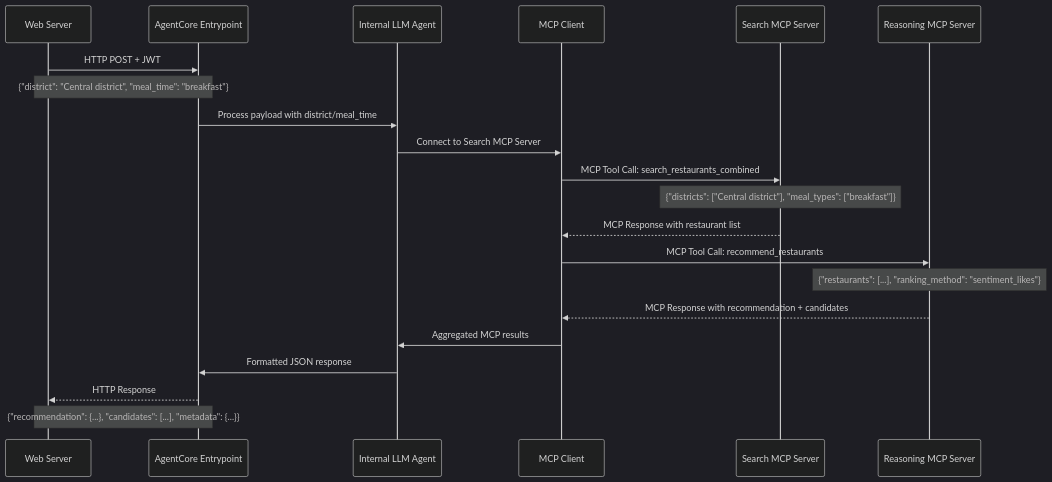
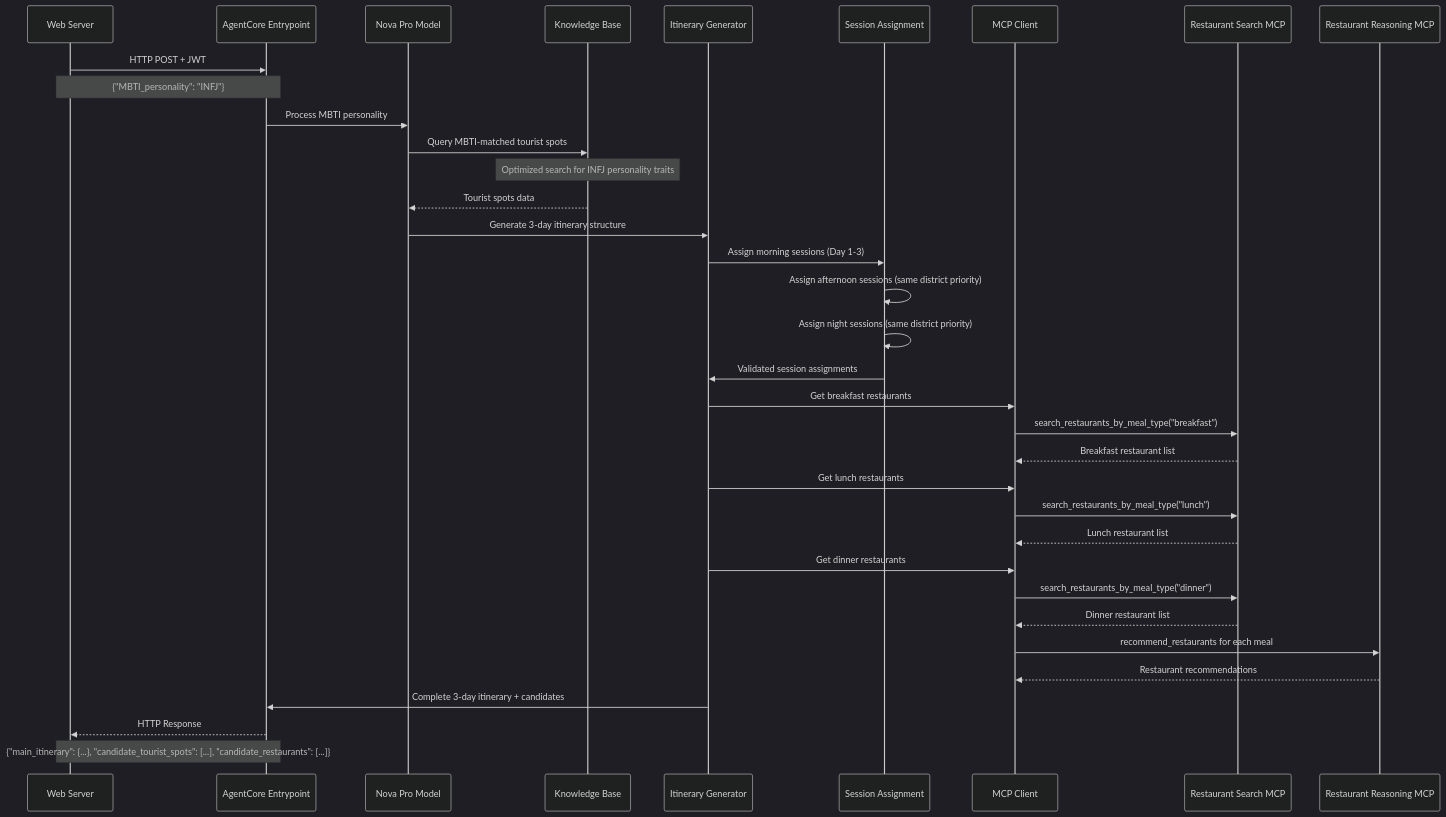
Before and after one commit to nestymook/mbti-travel-assistant-v2: the second of 2 diagrams in .kiro/specs/mbti-travel-assistant-mcp/design.md, drawn with Mermaid (dark theme). The commit also changed other lines of this file and 91 other files, not shown here.

````diff
--- a/.kiro/specs/mbti-travel-assistant-mcp/design.md
+++ b/.kiro/specs/mbti-travel-assistant-mcp/design.md
@@ -54,27 +62,45 @@
 ```mermaid
 sequenceDiagram
     participant WEB as Web Server
     participant ENTRY as AgentCore Entrypoint
-    participant LLM as Internal LLM Agent
+    participant NOVA as Nova Pro Model
+    participant KB as Knowledge Base
+    participant ITINERARY as Itinerary Generator
+    participant SESSION as Session Assignment
     participant MCP_CLIENT as MCP Client
-    participant SEARCH_MCP as Search MCP Server
-    participant REASON_MCP as Reasoning MCP Server
+    participant SEARCH_MCP as Restaurant Search MCP
+    participant REASON_MCP as Restaurant Reasoning MCP
     
     WEB->>ENTRY: HTTP POST + JWT
-    Note over WEB,ENTRY: {"district": "Central district", "meal_time": "breakfast"}
+    Note over WEB,ENTRY: {"MBTI_personality": "INFJ"}
     
-    ENTRY->>LLM: Process payload with district/meal_time
-    LLM->>MCP_CLIENT: Connect to Search MCP Server
-    MCP_CLIENT->>SEARCH_MCP: MCP Tool Call: search_restaurants_combined
-    Note over SEARCH_MCP: {"districts": ["Central district"], "meal_types": ["breakfast"]}
-    SEARCH_MCP-->>MCP_CLIENT: MCP Response with restaurant list
+    ENTRY->>NOVA: Process MBTI personality
+    NOVA->>KB: Query MBTI-matched tourist spots
+    Note over KB: Optimized search for INFJ personality traits
+    KB-->>NOVA: Tourist spots data
     
-    MCP_CLIENT->>REASON_MCP: MCP Tool Call: recommend_restaurants
-    Note over REASON_MCP: {"restaurants": [...], "ranking_method": "sentiment_likes"}
-    REASON_MCP-->>MCP_CLIENT: MCP Response with recommendation + candidates
+    NOVA->>ITINERARY: Generate 3-day itinerary structure
+    ITINERARY->>SESSION: Assign morning sessions (Day 1-3)
+    SESSION->>SESSION: Assign afternoon sessions (same district priority)
+    SESSION->>SESSION: Assign night sessions (same district priority)
+    SESSION->>ITINERARY: Validated session assignments
     
-    MCP_CLIENT->>LLM: Aggregated MCP results
-    LLM->>ENTRY: Formatted JSON response
+    ITINERARY->>MCP_CLIENT: Get breakfast restaurants
+    MCP_CLIENT->>SEARCH_MCP: search_restaurants_by_meal_type("breakfast")
+    SEARCH_MCP-->>MCP_CLIENT: Breakfast restaurant list
+    
+    ITINERARY->>MCP_CLIENT: Get lunch restaurants  
+    MCP_CLIENT->>SEARCH_MCP: search_restaurants_by_meal_type("lunch")
+    SEARCH_MCP-->>MCP_CLIENT: Lunch restaurant list
+    
+    ITINERARY->>MCP_CLIENT: Get dinner restaurants
+    MCP_CLIENT->>SEARCH_MCP: search_restaurants_by_meal_type("dinner")
+    SEARCH_MCP-->>MCP_CLIENT: Dinner restaurant list
+    
+    MCP_CLIENT->>REASON_MCP: recommend_restaurants for each meal
+    REASON_MCP-->>MCP_CLIENT: Restaurant recommendations
+    
+    ITINERARY->>ENTRY: Complete 3-day itinerary + candidates
     ENTRY-->>WEB: HTTP Response
-    Note over WEB,ENTRY: {"recommendation": {...}, "candidates": [...], "metadata": {...}}
+    Note over WEB,ENTRY: {"main_itinerary": {...}, "candidate_tourist_spots": [...], "candidate_restaurants": [...]}
 ```
````
